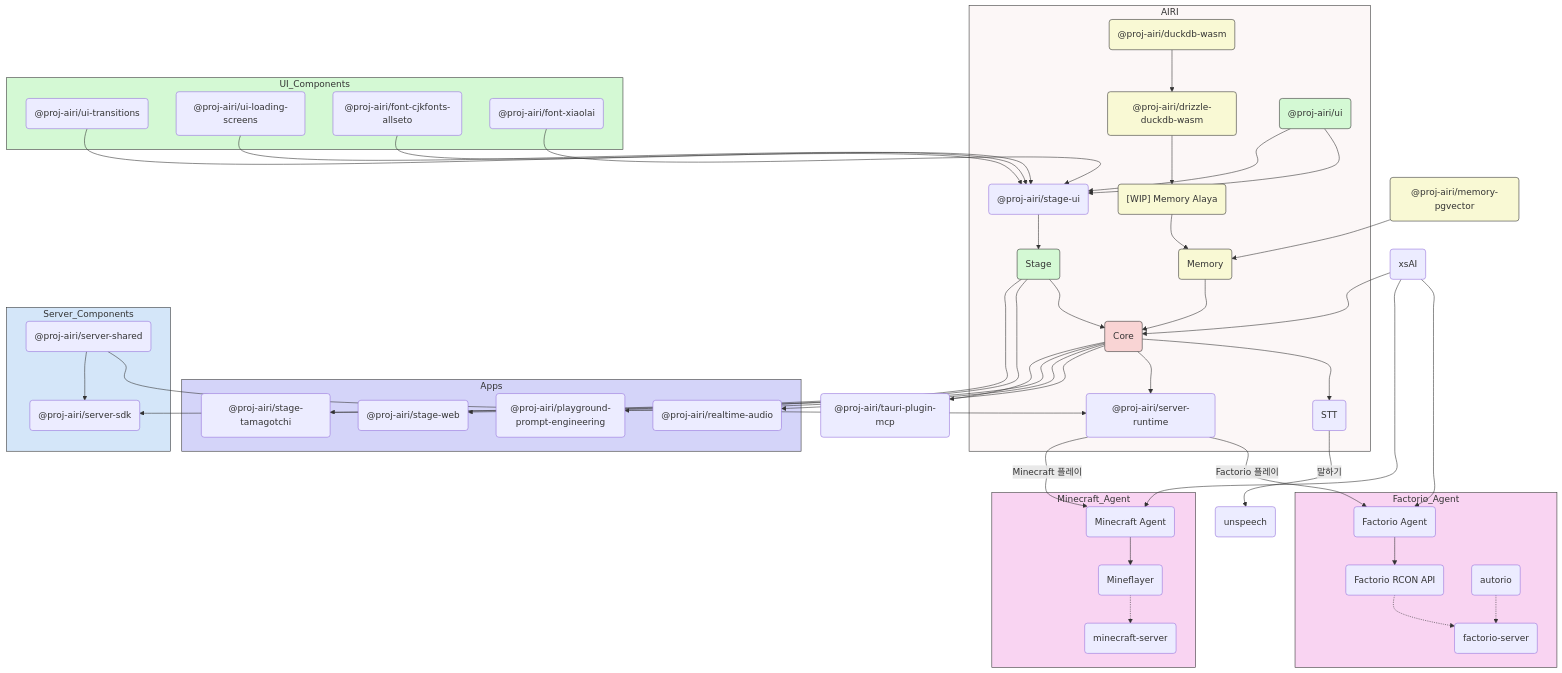
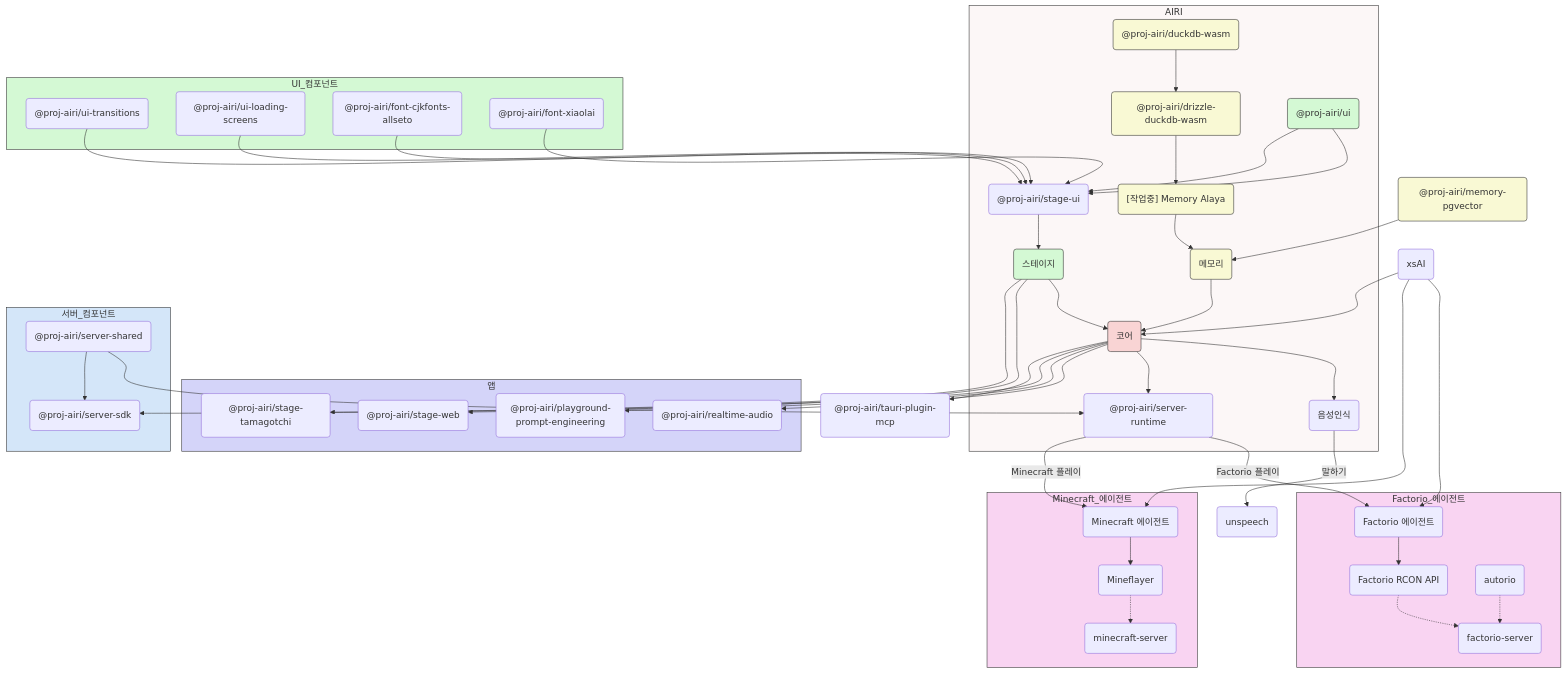
One commit to moeru-ai/airi changed the diagram in docs/README.ko.md. Above: the diagram before and after it, drawn with Mermaid. The commit also changed 4 other files, not shown here.

```diff
--- a/docs/README.ko.md
+++ b/docs/README.ko.md
@@ -244,15 +244,15 @@
 %%{ init: { 'flowchart': { 'curve': 'catmullRom' } } }%%
 
 flowchart TD
-  Core("Core")
+  Core("코어")
   Unspeech("unspeech")
   DBDriver("@proj-airi/drizzle-duckdb-wasm")
-  MemoryDriver("[WIP] Memory Alaya")
+  MemoryDriver("[작업중] Memory Alaya")
   DB1("@proj-airi/duckdb-wasm")
   SVRT("@proj-airi/server-runtime")
-  Memory("Memory")
-  STT("STT")
-  Stage("Stage")
+  Memory("메모리")
+  STT("음성인식")
+  Stage("스테이지")
   StageUI("@proj-airi/stage-ui")
   UI("@proj-airi/ui")
 
@@ -263,7 +263,7 @@
     Core --> SVRT
   end
 
-  subgraph UI_Components
+  subgraph UI_컴포넌트
     UI --> StageUI
     UITransitions("@proj-airi/ui-transitions") --> StageUI
     UILoadingScreens("@proj-airi/ui-loading-screens") --> StageUI
@@ -271,14 +271,14 @@
     FontXiaolai("@proj-airi/font-xiaolai") --> StageUI
   end
 
-  subgraph Apps
+  subgraph 앱
     Stage --> StageWeb("@proj-airi/stage-web")
     Stage --> StageTamagotchi("@proj-airi/stage-tamagotchi")
     Core --> RealtimeAudio("@proj-airi/realtime-audio")
     Core --> PromptEngineering("@proj-airi/playground-prompt-engineering")
   end
 
-  subgraph Server_Components
+  subgraph 서버_컴포넌트
     Core --> ServerSDK("@proj-airi/server-sdk")
     ServerShared("@proj-airi/server-shared") --> SVRT
     ServerShared --> ServerSDK
@@ -288,8 +288,8 @@
   SVRT -->|Factorio 플레이| F_AGENT
   SVRT -->|Minecraft 플레이| MC_AGENT
 
-  subgraph Factorio_Agent
-    F_AGENT("Factorio Agent")
+  subgraph Factorio_에이전트
+    F_AGENT("Factorio 에이전트")
     F_API("Factorio RCON API")
     factorio-server("factorio-server")
     F_MOD1("autorio")
@@ -298,8 +298,8 @@
     F_MOD1 -.-> factorio-server
   end
 
-  subgraph Minecraft_Agent
-    MC_AGENT("Minecraft Agent")
+  subgraph Minecraft_에이전트
+    MC_AGENT("Minecraft 에이전트")
     Mineflayer("Mineflayer")
     minecraft-server("minecraft-server")
 
@@ -317,11 +317,11 @@
   style AIRI fill:#fcf7f7,stroke:#333,stroke-width:1px
   style UI fill:#d4f9d4,stroke:#333,stroke-width:1px
   style Stage fill:#d4f9d4,stroke:#333,stroke-width:1px
-  style UI_Components fill:#d4f9d4,stroke:#333,stroke-width:1px
-  style Server_Components fill:#d4e6f9,stroke:#333,stroke-width:1px
-  style Apps fill:#d4d4f9,stroke:#333,stroke-width:1px
-  style Factorio_Agent fill:#f9d4f2,stroke:#333,stroke-width:1px
-  style Minecraft_Agent fill:#f9d4f2,stroke:#333,stroke-width:1px
+  style UI_컴포넌트 fill:#d4f9d4,stroke:#333,stroke-width:1px
+  style 서버_컴포넌트 fill:#d4e6f9,stroke:#333,stroke-width:1px
+  style 앱 fill:#d4d4f9,stroke:#333,stroke-width:1px
+  style Factorio_에이전트 fill:#f9d4f2,stroke:#333,stroke-width:1px
+  style Minecraft_에이전트 fill:#f9d4f2,stroke:#333,stroke-width:1px
 
   style DBDriver fill:#f9f9d4,stroke:#333,stroke-width:1px
   style MemoryDriver fill:#f9f9d4,stroke:#333,stroke-width:1px
```
